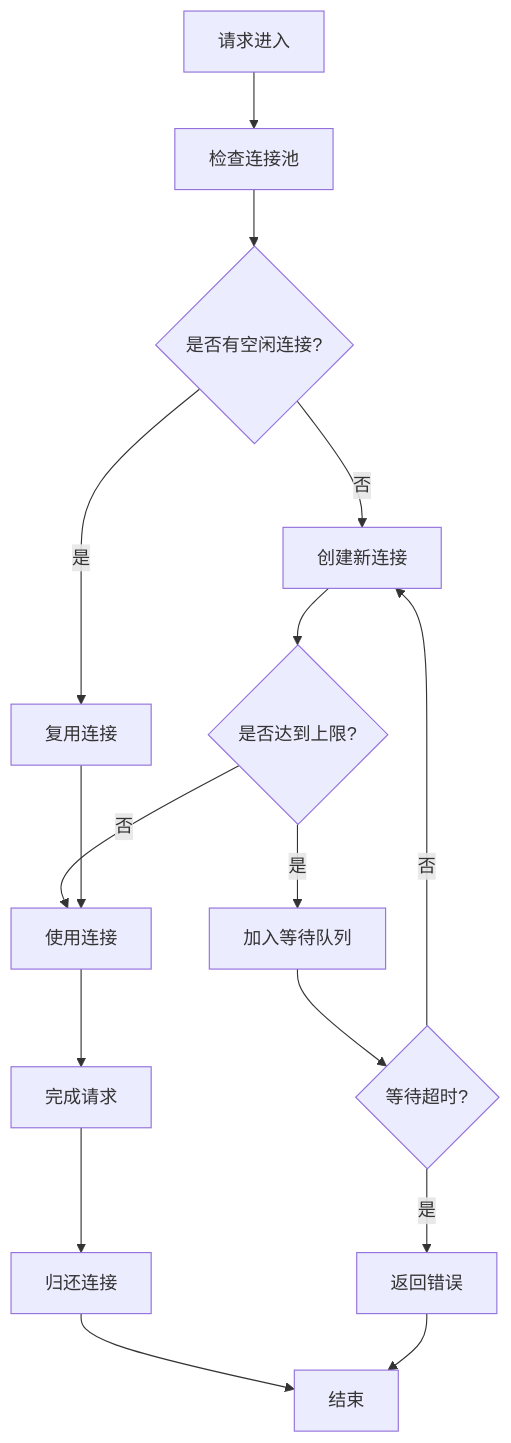
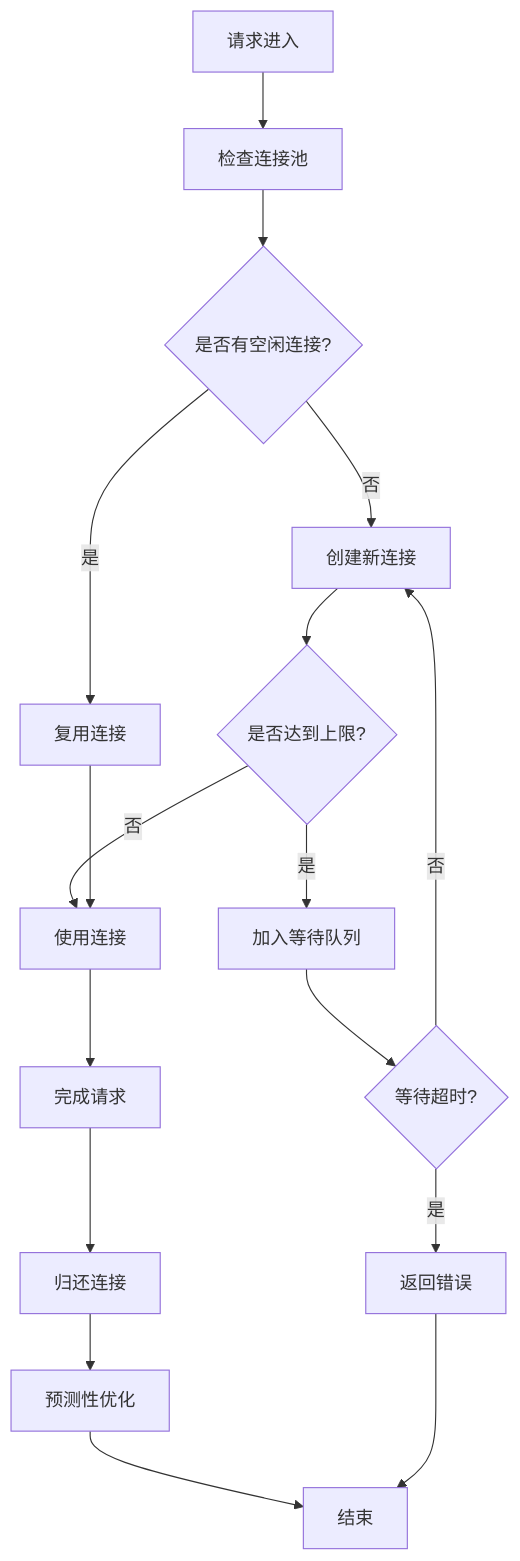
Before and after one commit to 3kaiu/config: the seventh of 10 diagrams in .qoder/repowiki/zh/content/脚本库/镜像脚本/东京节点提供商.md, drawn with Mermaid. The commit also changed other lines of this file and 112 other files, not shown here.

````diff
--- a/.qoder/repowiki/zh/content/脚本库/镜像脚本/东京节点提供商.md
+++ b/.qoder/repowiki/zh/content/脚本库/镜像脚本/东京节点提供商.md
@@ -239,18 +316,19 @@
 ```mermaid
 flowchart TD
 PStart["请求进入"] --> CheckPool["检查连接池"]
 CheckPool --> HasConn{"是否有空闲连接?"}
 HasConn --> |是| Reuse["复用连接"]
 HasConn --> |否| Create["创建新连接"]
 Create --> Limit{"是否达到上限?"}
 Limit --> |是| Queue["加入等待队列"]
 Limit --> |否| Use["使用连接"]
 Reuse --> Use
 Use --> Done["完成请求"]
 Done --> Recycle["归还连接"]
 Queue --> Timeout{"等待超时?"}
 Timeout --> |是| Fail["返回错误"]
 Timeout --> |否| Create
-Recycle --> PEnd["结束"]
+Recycle --> Predict["预测性优化"]
+Predict --> PEnd["结束"]
 Fail --> PEnd
 ```
````
